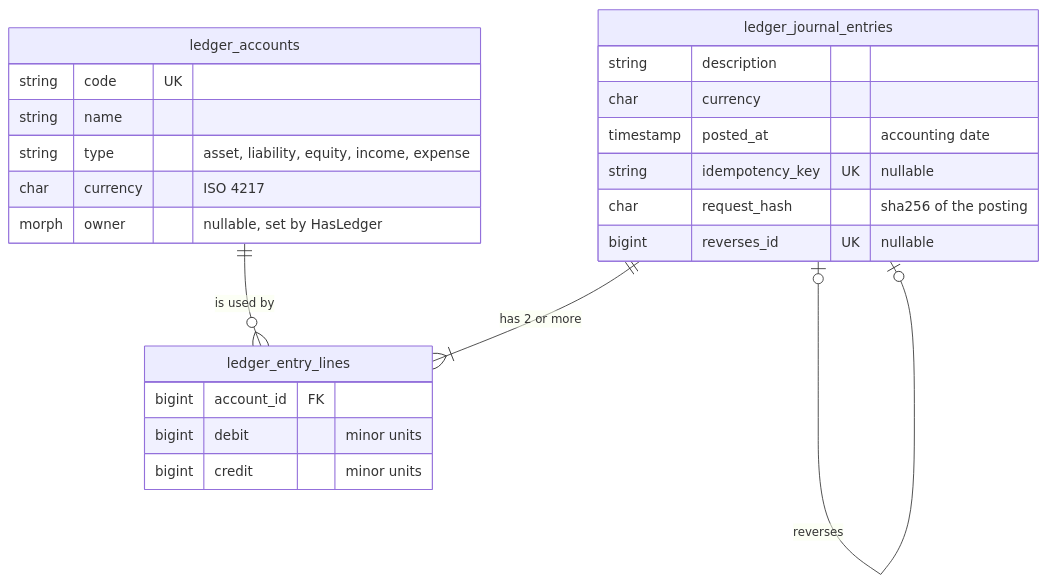
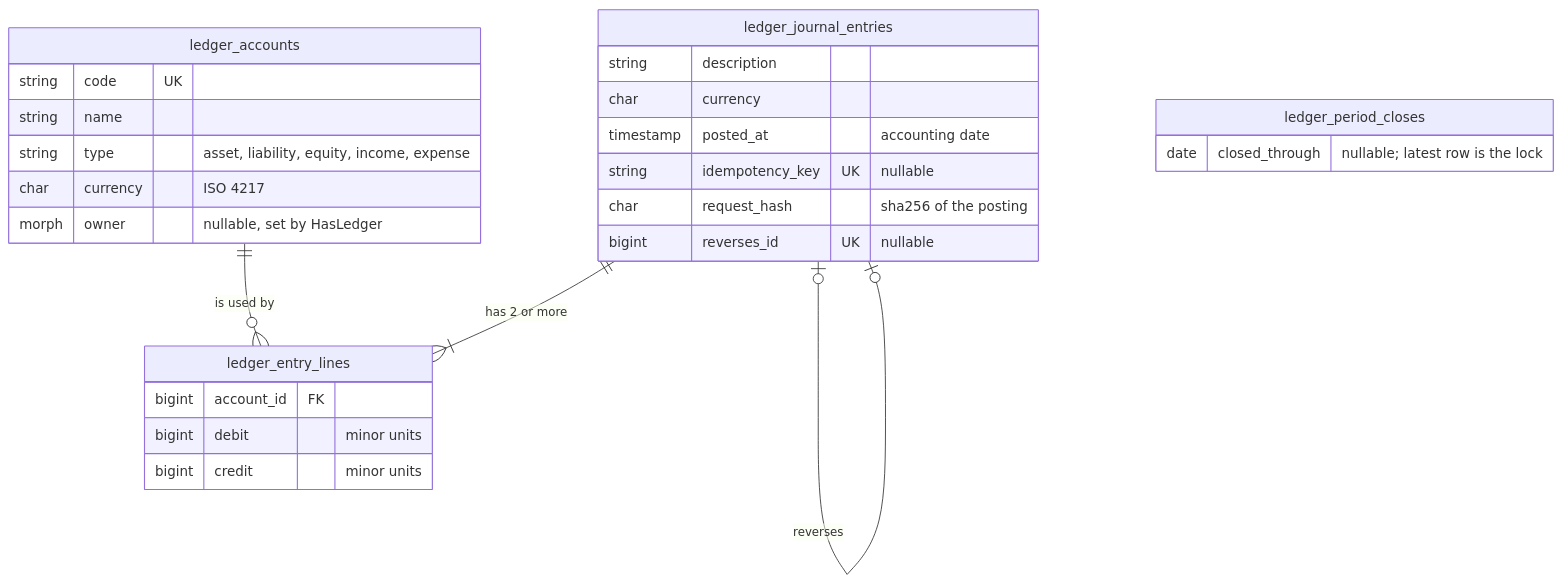
One commit to arkhan0072-dev/laravel-ledger changed the diagram in README.md. Above: the diagram before and after it, drawn with Mermaid. The commit also changed other lines of this file and 1 other file, not shown here.

Commit message:
Document 0.3: conversions, FX gain/loss and period closing

````diff
--- a/README.md
+++ b/README.md
@@ -23,27 +25,30 @@
 ```mermaid
 erDiagram
     ledger_accounts ||--o{ ledger_entry_lines : "is used by"
     ledger_journal_entries ||--|{ ledger_entry_lines : "has 2 or more"
     ledger_journal_entries |o--o| ledger_journal_entries : "reverses"
 
     ledger_accounts {
         string code UK
         string name
         string type "asset, liability, equity, income, expense"
         char currency "ISO 4217"
         morph owner "nullable, set by HasLedger"
     }
     ledger_journal_entries {
         string description
         char currency
         timestamp posted_at "accounting date"
         string idempotency_key UK "nullable"
         char request_hash "sha256 of the posting"
         bigint reverses_id UK "nullable"
     }
     ledger_entry_lines {
         bigint account_id FK
         bigint debit "minor units"
         bigint credit "minor units"
     }
+    ledger_period_closes {
+        date closed_through "nullable; latest row is the lock"
+    }
 ```
````
